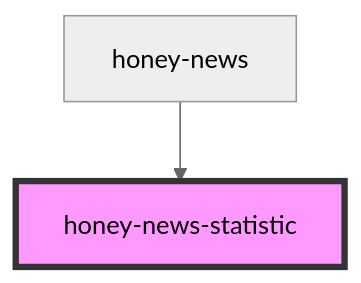
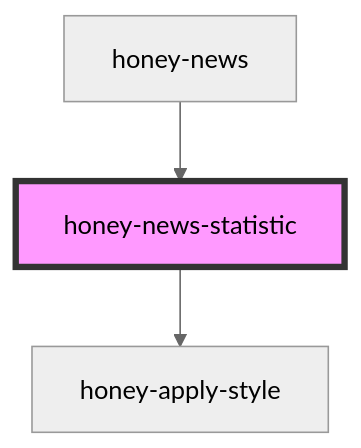
Before and after one commit to Huluvu424242/honey-news: the diagram in src/components/honey-news/statistic/readme.md, drawn with Mermaid (neutral theme). The commit also changed other lines of this file and 21 other files, not shown here.

````diff
--- a/src/components/honey-news/statistic/readme.md
+++ b/src/components/honey-news/statistic/readme.md
@@ -35,5 +39,6 @@
 ```mermaid
 graph TD;
+  honey-news-statistic --> honey-apply-style
   honey-news --> honey-news-statistic
   style honey-news-statistic fill:#f9f,stroke:#333,stroke-width:4px
 ```
````
